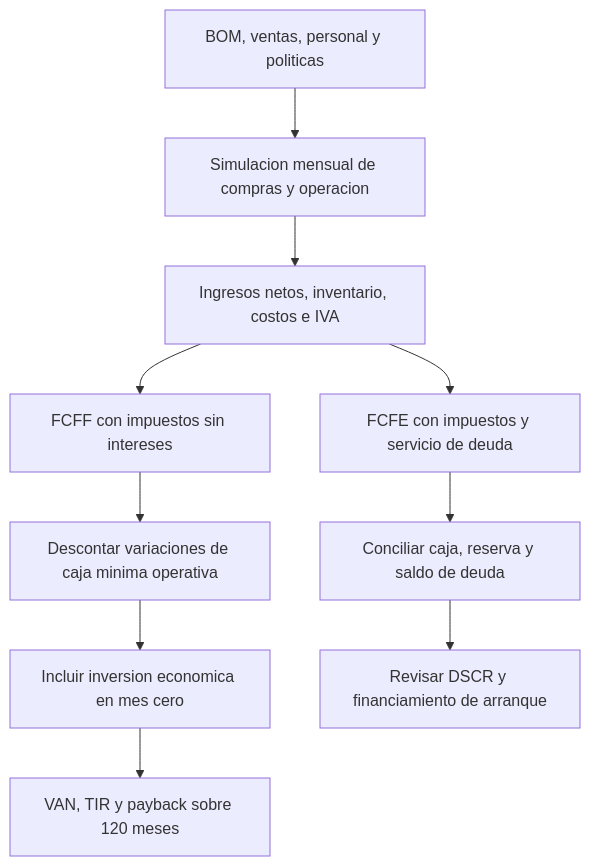
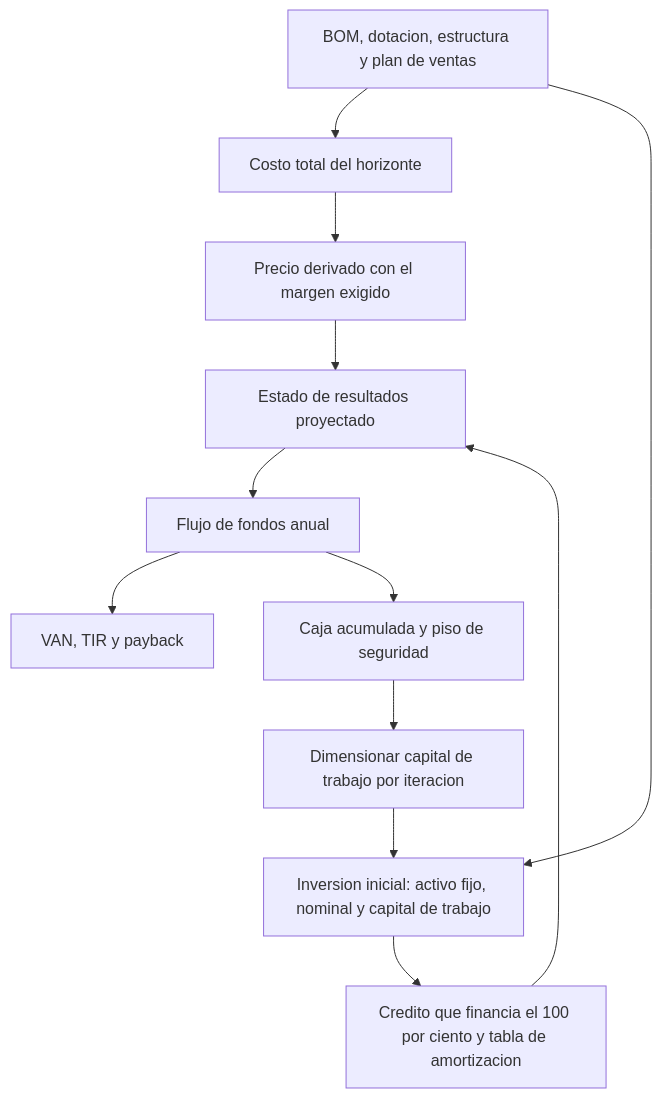
The sixth of 11 diagrams in docs/INFORME 1 .docx.md (Alvarinhoooo7/TerraSence), drawn with Mermaid before and after one commit. The commit also changed other lines of this file and 10 other files, not shown here.

````diff
--- a/docs/INFORME 1 .docx.md
+++ b/docs/INFORME 1 .docx.md
@@ -944,12 +926,14 @@
 ```mermaid
 flowchart TD
-    A[BOM, ventas, personal y politicas] --> B[Simulacion mensual de compras y operacion]
-    B --> C[Ingresos netos, inventario, costos e IVA]
-    C --> D[FCFF con impuestos sin intereses]
-    C --> E[FCFE con impuestos y servicio de deuda]
-    D --> F[Descontar variaciones de caja minima operativa]
-    F --> G[Incluir inversion economica en mes cero]
-    G --> H[VAN, TIR y payback sobre 120 meses]
-    E --> I[Conciliar caja, reserva y saldo de deuda]
-    I --> J[Revisar DSCR y financiamiento de arranque]
+    A[BOM, dotacion, estructura y plan de ventas] --> B[Costo total del horizonte]
+    B --> C[Precio derivado con el margen exigido]
+    C --> D[Estado de resultados proyectado]
+    A --> E[Inversion inicial: activo fijo, nominal y capital de trabajo]
+    E --> F[Credito que financia el 100 por ciento y tabla de amortizacion]
+    F --> D
+    D --> G[Flujo de fondos anual]
+    G --> H[VAN, TIR y payback]
+    G --> I[Caja acumulada y piso de seguridad]
+    I --> J[Dimensionar capital de trabajo por iteracion]
+    J --> E
 ```
````
